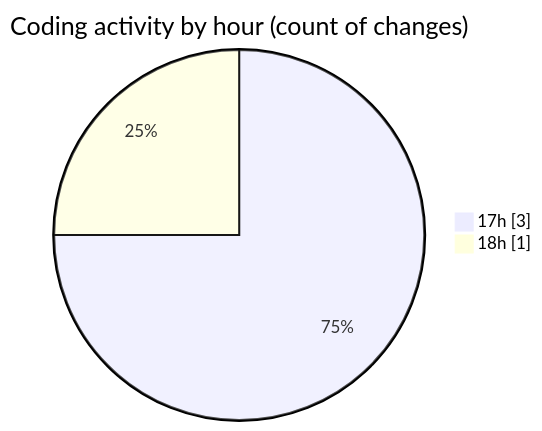
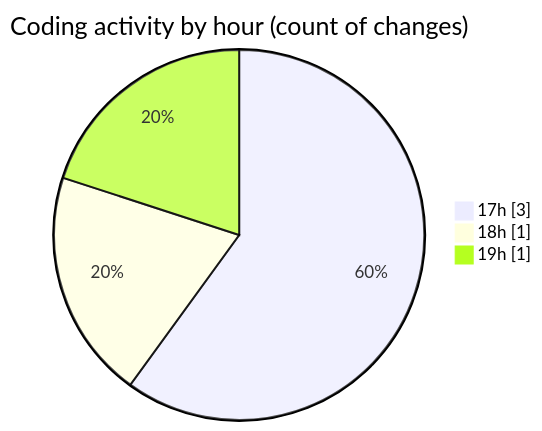
Before and after one commit to nxtqubesakshisongat/code-tracking: the second of 2 diagrams in 2026-07-10/argos_orchestrator/README.md, drawn with Mermaid. The commit also changed other lines of this file and 1 other file, not shown here.

````diff
--- a/2026-07-10/argos_orchestrator/README.md
+++ b/2026-07-10/argos_orchestrator/README.md
@@ -30,6 +31,7 @@
 ```mermaid
 pie showData
 title Coding activity by hour (count of changes)
 "17h" : 3
 "18h" : 1
+"19h" : 1
 ```
````
